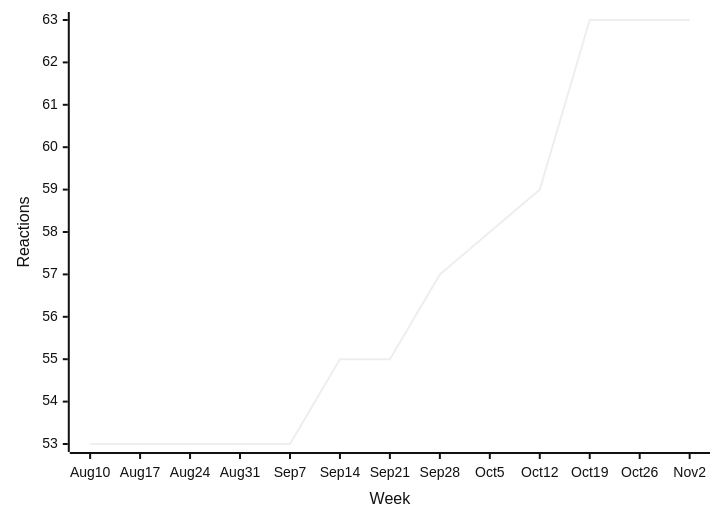
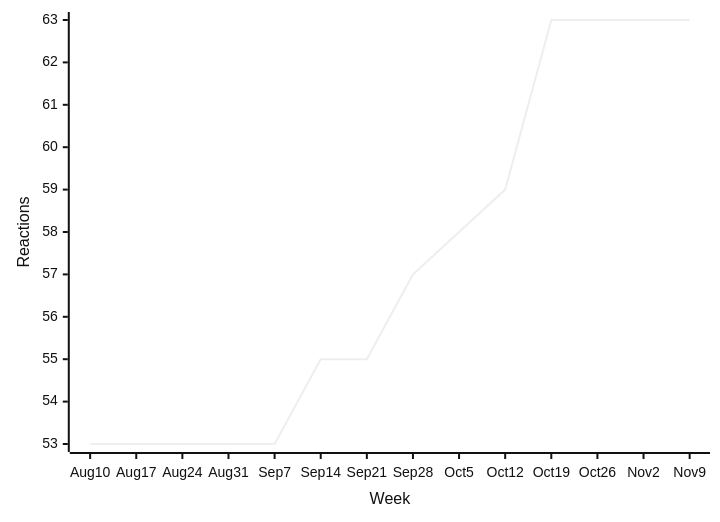
Diagram 16 of 38 in README.md (loic-sharma/github-insights), drawn with Mermaid (neutral theme) before and after one commit. The commit also changed other lines of this file and 3 other files, not shown here.

````diff
--- a/README.md
+++ b/README.md
@@ -613,6 +579,6 @@
   ```mermaid
   xychart-beta
-    x-axis "Week" [Aug 10, Aug 17, Aug 24, Aug 31, Sep 7, Sep 14, Sep 21, Sep 28, Oct 5, Oct 12, Oct 19, Oct 26, Nov 2]
+    x-axis "Week" [Aug 10, Aug 17, Aug 24, Aug 31, Sep 7, Sep 14, Sep 21, Sep 28, Oct 5, Oct 12, Oct 19, Oct 26, Nov 2, Nov 9]
     y-axis "Reactions"
-    line [53, 53, 53, 53, 53, 55, 55, 57, 58, 59, 63, 63, 63]
+    line [53, 53, 53, 53, 53, 55, 55, 57, 58, 59, 63, 63, 63, 63]
   ```
````
